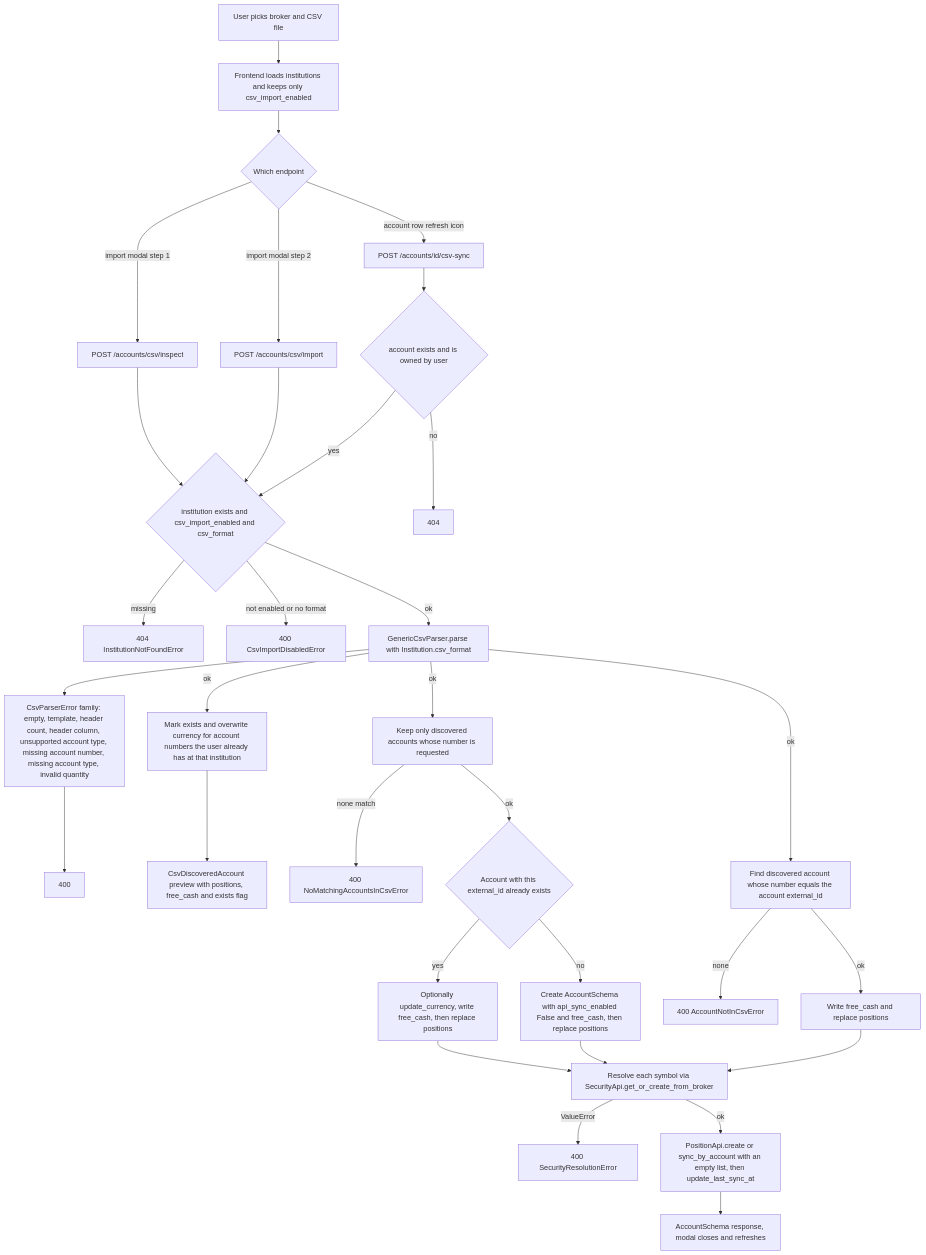
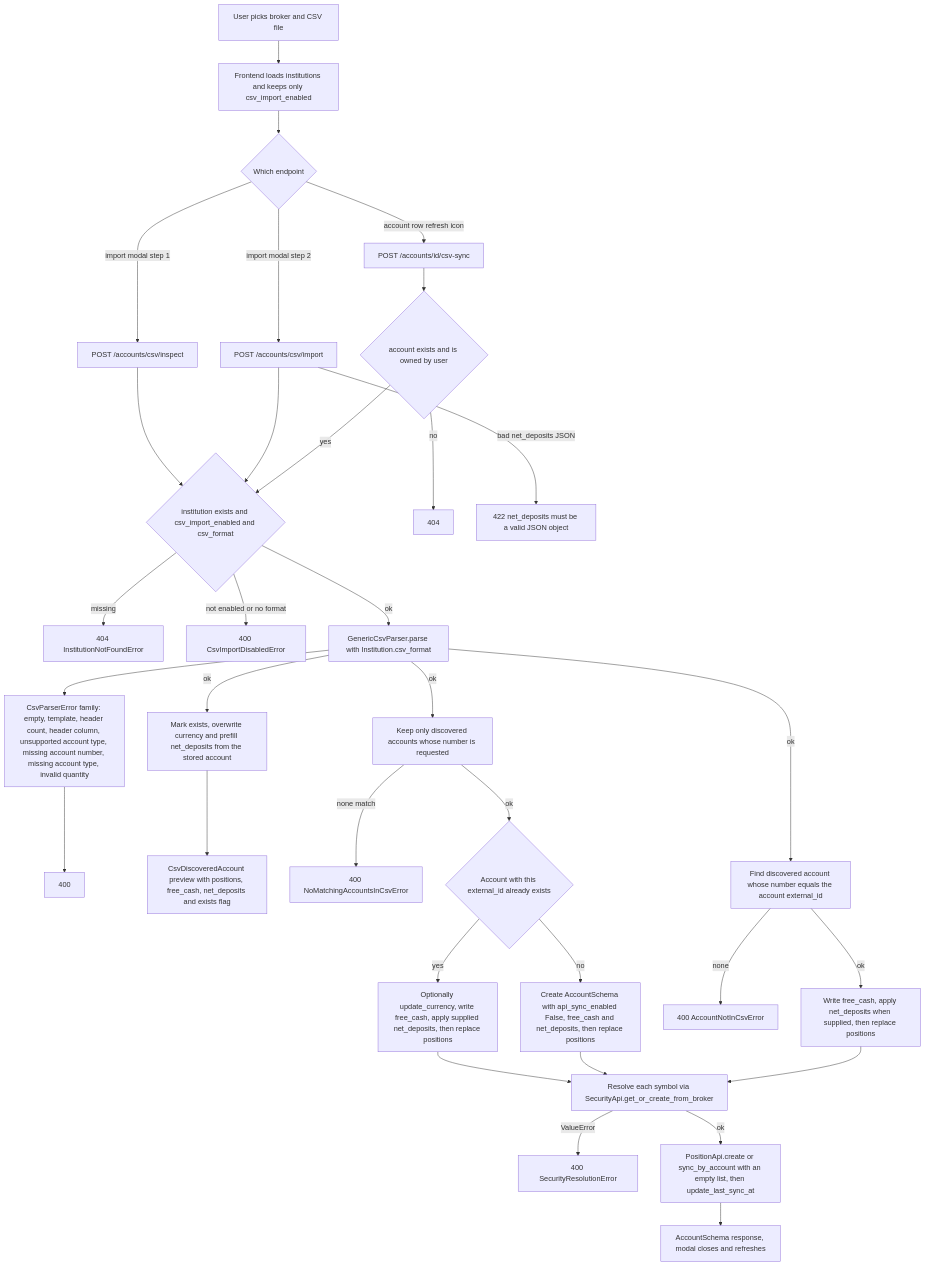
The first of 2 diagrams in openwiki/workflows/csv-import.md (havekes/retail-portfolio), drawn with Mermaid before and after one commit. The commit also changed other lines of this file and 57 other files, not shown here.

````diff
--- a/openwiki/workflows/csv-import.md
+++ b/openwiki/workflows/csv-import.md
@@ -277,39 +333,41 @@
 ```mermaid
 flowchart TD
   Start["User picks broker and CSV file"] --> Load["Frontend loads institutions and keeps only csv_import_enabled"]
   Load --> Mode{"Which endpoint"}
   Mode -- "import modal step 1" --> Inspect["POST /accounts/csv/inspect"]
   Mode -- "import modal step 2" --> Import["POST /accounts/csv/import"]
   Mode -- "account row refresh icon" --> Sync["POST /accounts/id/csv-sync"]
 
   Inspect --> Gate{"institution exists and csv_import_enabled and csv_format"}
   Import --> Gate
   Sync --> SyncGate{"account exists and is owned by user"}
   SyncGate -- no --> NotFound["404"]
   SyncGate -- yes --> Gate
   Gate -- "missing" --> InstErr["404 InstitutionNotFoundError"]
   Gate -- "not enabled or no format" --> DisabledErr["400 CsvImportDisabledError"]
   Gate -- ok --> Parse["GenericCsvParser.parse with Institution.csv_format"]
 
+  Import -- "bad net_deposits JSON" --> NdErr["422 net_deposits must be a valid JSON object"]
+
   Parse --> ParseErr["CsvParserError family: empty, template, header count, header column, unsupported account type, missing account number, missing account type, invalid quantity"]
   ParseErr --> Bad["400"]
-  Parse -- ok --> InspectMark["Mark exists and overwrite currency for account numbers the user already has at that institution"]
-  InspectMark --> Preview["CsvDiscoveredAccount preview with positions, free_cash and exists flag"]
+  Parse -- ok --> InspectMark["Mark exists, overwrite currency and prefill net_deposits from the stored account"]
+  InspectMark --> Preview["CsvDiscoveredAccount preview with positions, free_cash, net_deposits and exists flag"]
 
   Parse -- ok --> Select["Keep only discovered accounts whose number is requested"]
   Select -- "none match" --> NoMatch["400 NoMatchingAccountsInCsvError"]
   Select -- ok --> Exists{"Account with this external_id already exists"}
-  Exists -- yes --> UpdateCur["Optionally update_currency, write free_cash, then replace positions"]
-  Exists -- no --> Create["Create AccountSchema with api_sync_enabled False and free_cash, then replace positions"]
+  Exists -- yes --> UpdateCur["Optionally update_currency, write free_cash, apply supplied net_deposits, then replace positions"]
+  Exists -- no --> Create["Create AccountSchema with api_sync_enabled False, free_cash and net_deposits, then replace positions"]
 
   Parse -- ok --> Find["Find discovered account whose number equals the account external_id"]
   Find -- "none" --> NotInCsv["400 AccountNotInCsvError"]
-  Find -- ok --> Replace["Write free_cash and replace positions"]
+  Find -- ok --> Replace["Write free_cash, apply net_deposits when supplied, then replace positions"]
 
   UpdateCur --> Resolve
   Create --> Resolve
   Replace --> Resolve["Resolve each symbol via SecurityApi.get_or_create_from_broker"]
   Resolve -- "ValueError" --> SecErr["400 SecurityResolutionError"]
   Resolve -- ok --> Write["PositionApi.create or sync_by_account with an empty list, then update_last_sync_at"]
   Write --> Done["AccountSchema response, modal closes and refreshes"]
 ```
````
